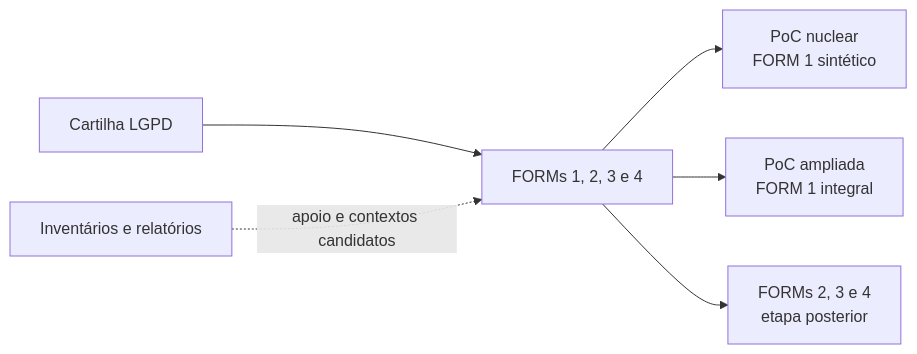
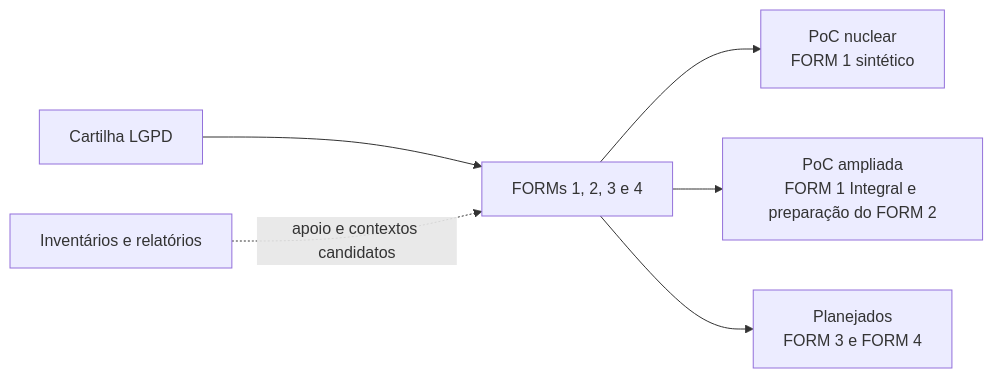
The eighth of 35 diagrams in README.md (ailtonfv/governanca-lgpd-hortolandia), drawn with Mermaid before and after one commit. The commit also changed other lines of this file and 2 other files, not shown here.

````diff
--- a/README.md
+++ b/README.md
@@ -245,8 +259,8 @@
 ```mermaid
 flowchart LR
     C["Cartilha LGPD"] --> F["FORMs 1, 2, 3 e 4"]
     F --> N["PoC nuclear<br/>FORM 1 sintético"]
-    F --> A["PoC ampliada<br/>FORM 1 integral"]
-    F --> P["FORMs 2, 3 e 4<br/>etapa posterior"]
+    F --> A["PoC ampliada<br/>FORM 1 Integral e preparação do FORM 2"]
+    F --> P["Planejados<br/>FORM 3 e FORM 4"]
     I["Inventários e relatórios"] -. "apoio e contextos candidatos" .-> F
 ```
````
